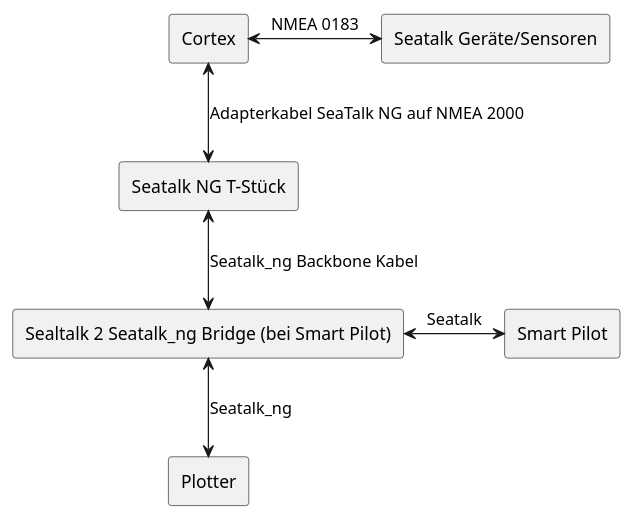
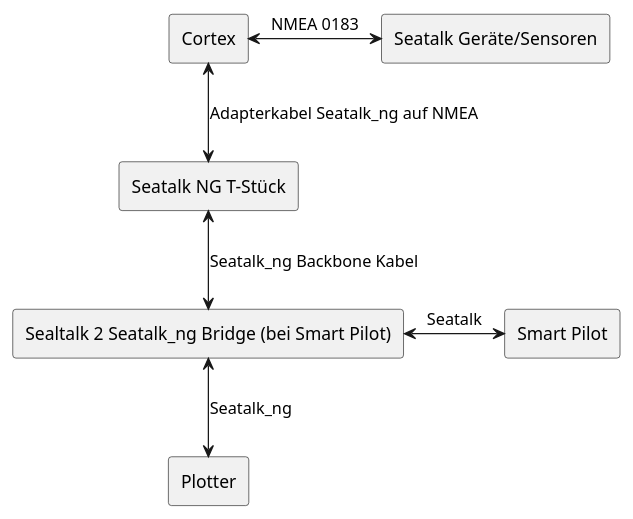
The second of 4 diagrams in datenfluss.plantuml (i7i5/knidos-notices), drawn with PlantUML before and after one commit. The commit also changed 1 other file, not shown here.

```diff
--- a/datenfluss.plantuml
+++ b/datenfluss.plantuml
@@ -14,19 +14,19 @@
 @startuml cortex_network
 skinparam shadowing false
 skinparam componentStyle rectangle
 
 [Cortex] as CORTEX
 [Seatalk NG T-Stück] as SEATALK_NG_T
 [Sealtalk 2 Seatalk_ng Bridge (bei Smart Pilot)] as SEATALK_NG_BRIDGE
 [Seatalk Geräte/Sensoren] as SEATALK_CONSUMER_PROVIDER
 [Plotter] as PLOTTER
 [Smart Pilot] as SMART_PILOT
 
-CORTEX <-down-> SEATALK_NG_T: Adapterkabel SeaTalk NG auf NMEA 2000
+CORTEX <-down-> SEATALK_NG_T: Adapterkabel Seatalk_ng auf NMEA
 SEATALK_NG_T <-down-> SEATALK_NG_BRIDGE: Seatalk_ng Backbone Kabel
 SEATALK_NG_BRIDGE <-down-> PLOTTER: Seatalk_ng
 SEATALK_NG_BRIDGE <-right-> SMART_PILOT: Seatalk
 
 CORTEX <-right-> SEATALK_CONSUMER_PROVIDER: NMEA 0183
 
 @enduml
```
